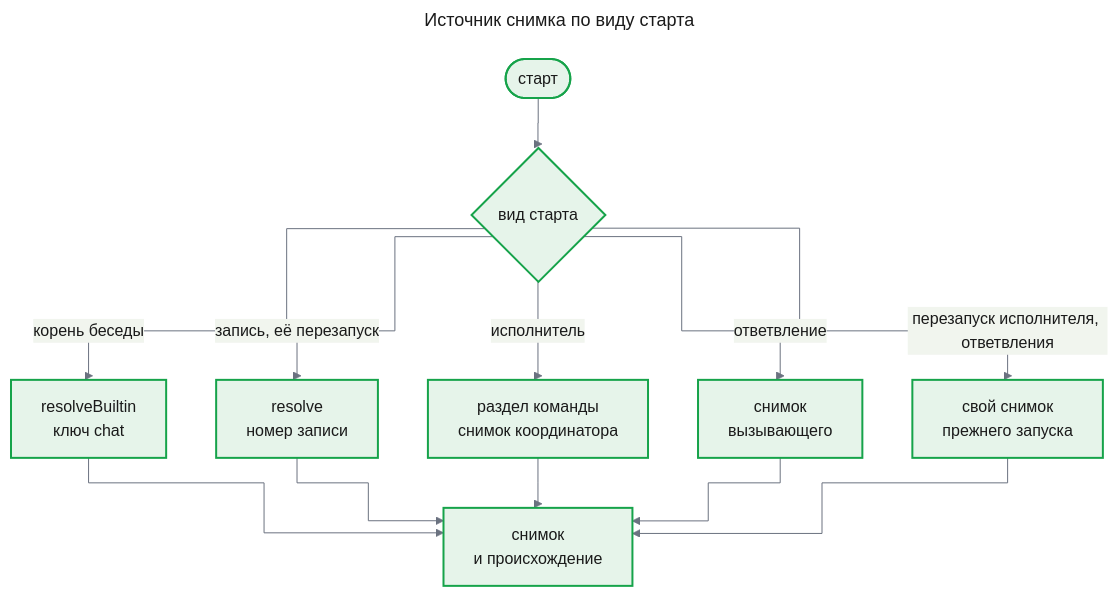
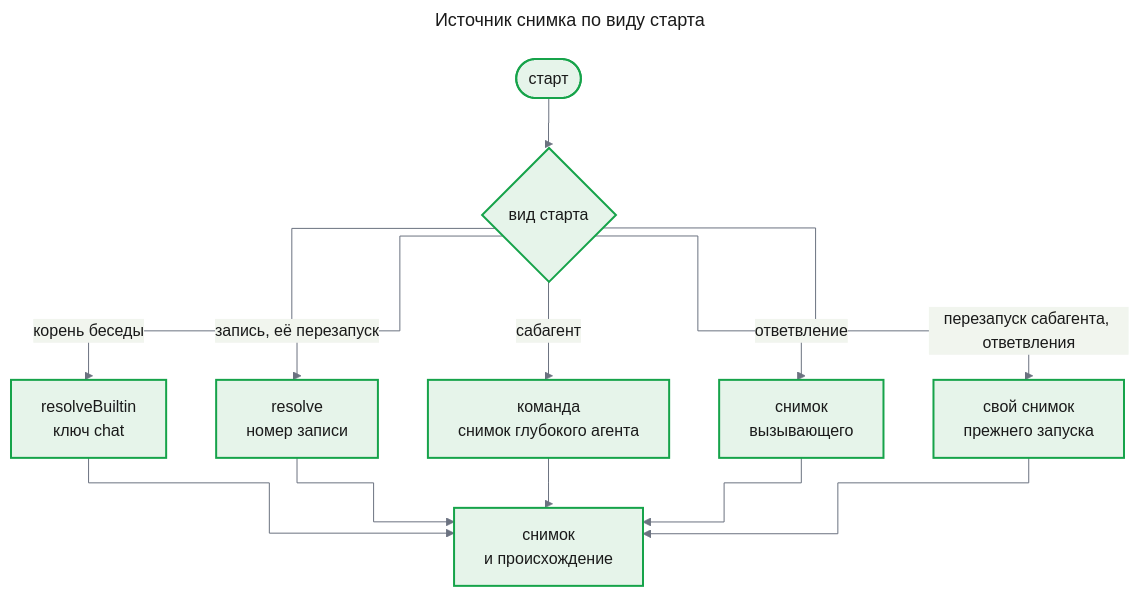
The third of 4 diagrams in docs/features/custom-agents/design-runtime.md (tundraray/agent-os), drawn with Mermaid before and after one commit. The commit also changed other lines of this file and 1225 other files, not shown here.

````diff
--- a/docs/features/custom-agents/design-runtime.md
+++ b/docs/features/custom-agents/design-runtime.md
@@ -370,37 +265,37 @@
 ```mermaid
 ---
 title: "Источник снимка по виду старта"
 config:
   theme: base
   look: classic
   themeVariables:
     primaryColor: "#eef1f5"
     primaryBorderColor: "#4b5563"
     primaryTextColor: "#1a1a1a"
     lineColor: "#6b7280"
   flowchart:
     curve: step
 ---
 flowchart TB
     start(["старт"])
     kind{"вид старта"}
     builtin["resolveBuiltin<br/>ключ chat"]
     byId["resolve<br/>номер записи"]
-    exec["раздел команды<br/>снимок координатора"]
+    sub["команда<br/>снимок глубокого агента"]
     fork["снимок<br/>вызывающего"]
     own["свой снимок<br/>прежнего запуска"]
     snap["снимок<br/>и происхождение"]
     start --> kind
     kind -->|"корень беседы"| builtin
     kind -->|"запись, её перезапуск"| byId
-    kind -->|"исполнитель"| exec
+    kind -->|"сабагент"| sub
     kind -->|"ответвление"| fork
-    kind -->|"перезапуск исполнителя, ответвления"| own
+    kind -->|"перезапуск сабагента, ответвления"| own
     builtin --> snap
     byId --> snap
-    exec --> snap
+    sub --> snap
     fork --> snap
     own --> snap
     classDef new fill:#e6f4ea,stroke:#16a34a,stroke-width:2px,color:#1a1a1a
-    class start,kind,builtin,byId,exec,fork,own,snap new
+    class start,kind,builtin,byId,sub,fork,own,snap new
 ```
````
